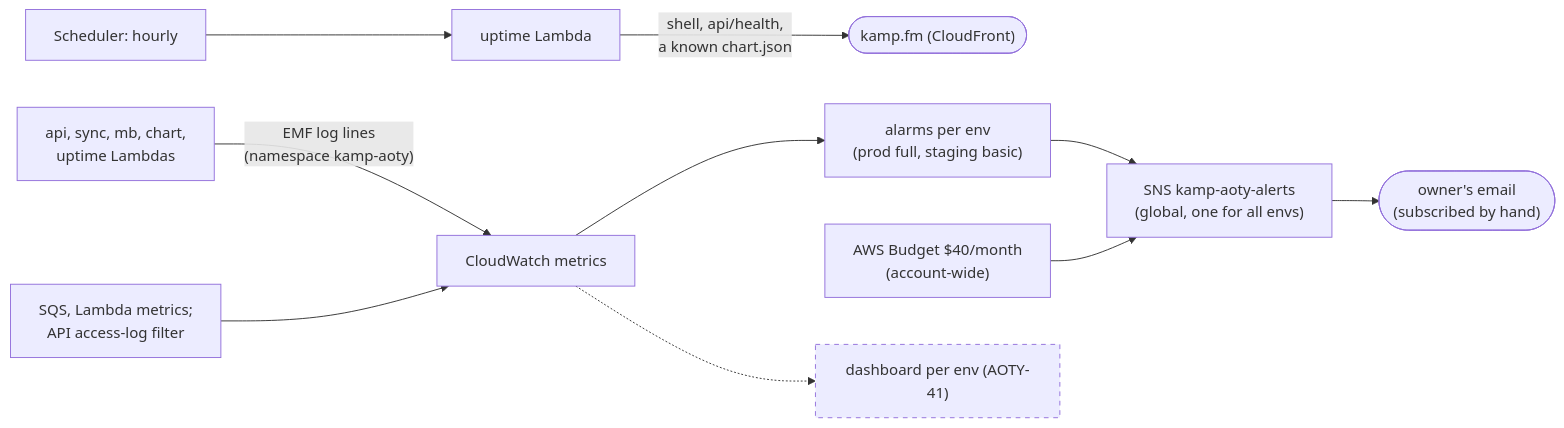
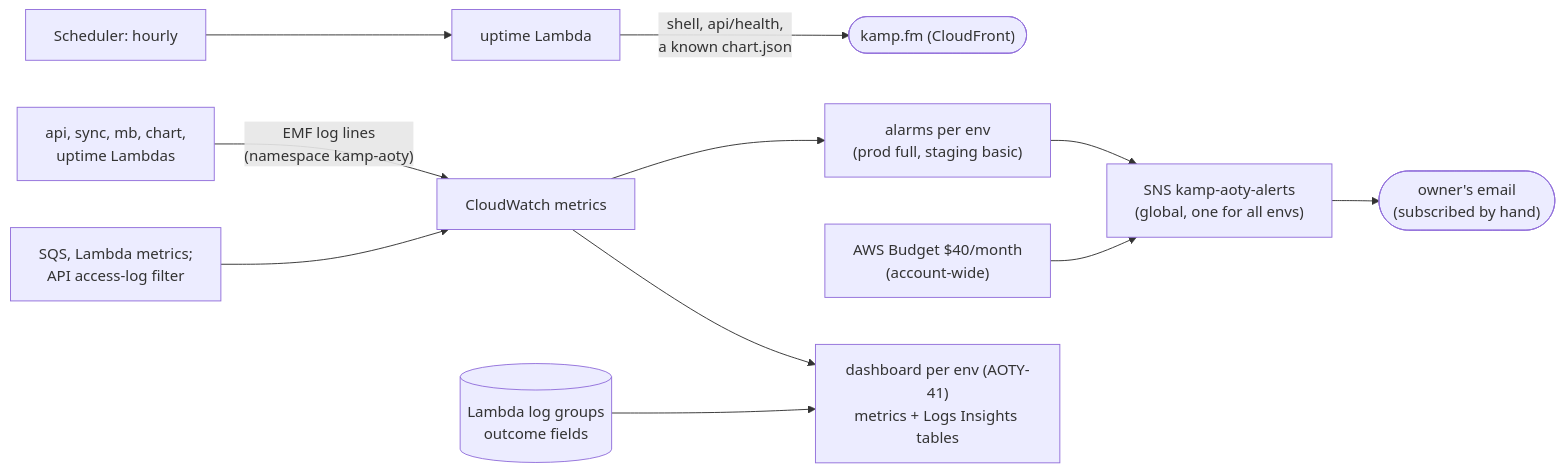
The second of 6 diagrams in docs/architecture.md (eightyeighteyes/aoty-chart-toy), drawn with Mermaid before and after one commit. The commit also changed other lines of this file and 3 other files, not shown here.

Commit message:
docs: dashboard, the new metrics, and the AsyncEventAge unit

````diff
--- a/docs/architecture.md
+++ b/docs/architecture.md
@@ -111,15 +111,14 @@
 ```mermaid
 flowchart LR
   usched["Scheduler: hourly"] --> uptime["uptime Lambda"]
   uptime -- "shell, api/health,<br/>a known chart.json" --> kamp(["kamp.fm (CloudFront)"])
   lambdas["api, sync, mb, chart,<br/>uptime Lambdas"] -- "EMF log lines<br/>(namespace kamp-aoty)" --> cw["CloudWatch metrics"]
   aws["SQS, Lambda metrics;<br/>API access-log filter"] --> cw
   cw --> alarms["alarms per env<br/>(prod full, staging basic)"]
   alarms --> topic["SNS kamp-aoty-alerts<br/>(global, one for all envs)"]
   budget["AWS Budget $40/month<br/>(account-wide)"] --> topic
   topic --> email(["owner's email<br/>(subscribed by hand)"])
-  dash["dashboard per env (AOTY-41)"]:::planned
-  cw -.-> dash
-
-  classDef planned stroke-dasharray: 5 5
+  dash["dashboard per env (AOTY-41)<br/>metrics + Logs Insights tables"]
+  cw --> dash
+  logs[("Lambda log groups<br/>outcome fields")] --> dash
 ```
````
